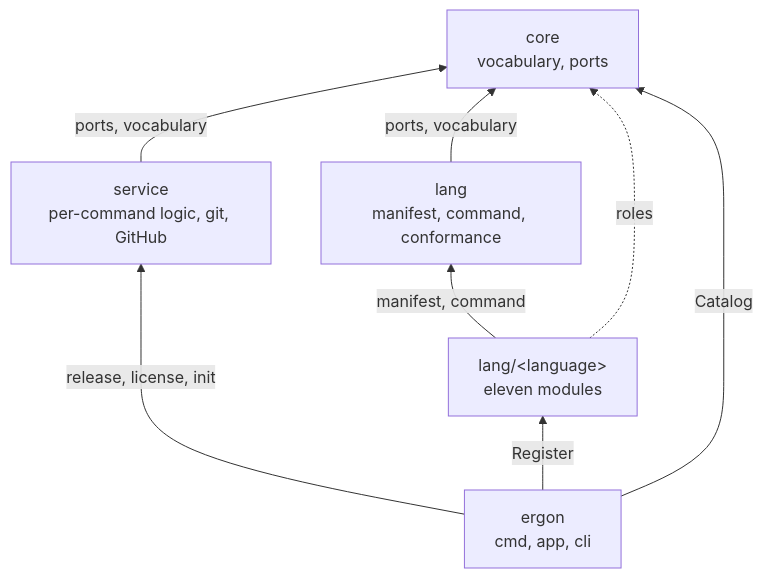
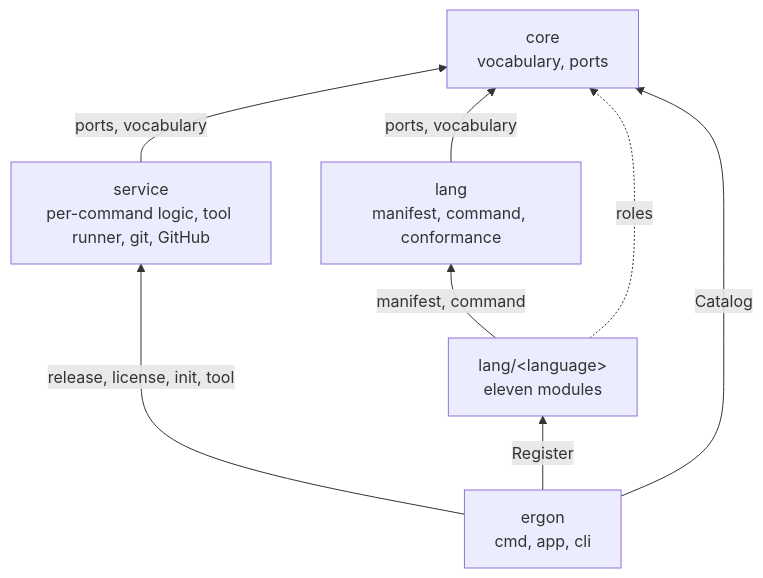
The diagram in docs/rfc/0001-module-boundaries.md (dokimasia/ergon), drawn with Mermaid before and after one commit. The commit also changed other lines of this file and 4 other files, not shown here.

````diff
--- a/docs/rfc/0001-module-boundaries.md
+++ b/docs/rfc/0001-module-boundaries.md
@@ -70,16 +70,16 @@
 ```mermaid
 flowchart BT
     core["core<br/>vocabulary, ports"]
-    svc["service<br/>per-command logic, git, GitHub"]
+    svc["service<br/>per-command logic, tool runner, git, GitHub"]
     lang["lang<br/>manifest, command, conformance"]
     langx["lang/&lt;language&gt;<br/>eleven modules"]
     root["ergon<br/>cmd, app, cli"]
 
     svc -->|"ports, vocabulary"| core
     lang -->|"ports, vocabulary"| core
     langx -->|"manifest, command"| lang
     langx -.->|"roles"| core
     root -->|"Catalog"| core
-    root -->|"release, license, init"| svc
+    root -->|"release, license, init, tool"| svc
     root -->|"Register"| langx
 ```
````
